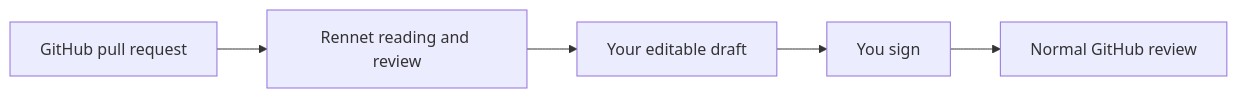
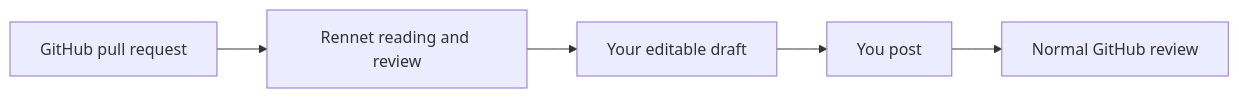
One commit to rbutera/Rennet changed the diagram in docs/src/content/docs/using/concepts/common-questions.md. Above: the diagram before and after it, drawn with Mermaid. The commit also changed other lines of this file and 53 other files, not shown here.

````diff
--- a/docs/src/content/docs/using/concepts/common-questions.md
+++ b/docs/src/content/docs/using/concepts/common-questions.md
@@ -16,7 +16,7 @@
 ```mermaid
 flowchart LR
   pr[GitHub pull request] --> rennet[Rennet reading and review]
   rennet --> draft[Your editable draft]
-  draft --> sign[You sign]
-  sign --> review[Normal GitHub review]
+  draft --> post[You post]
+  post --> review[Normal GitHub review]
 ```
````
